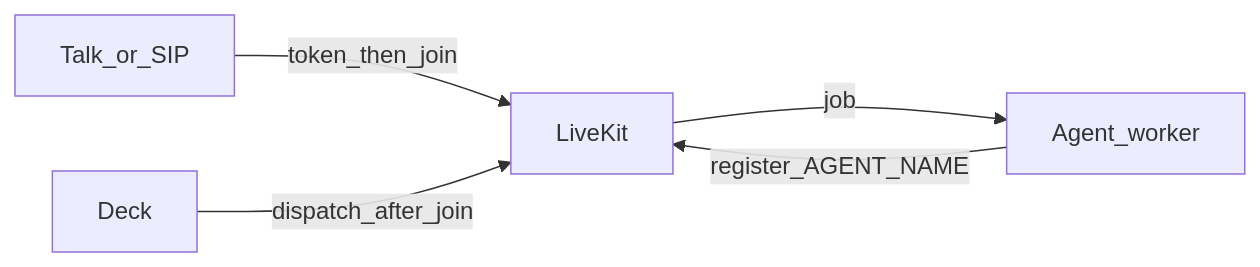
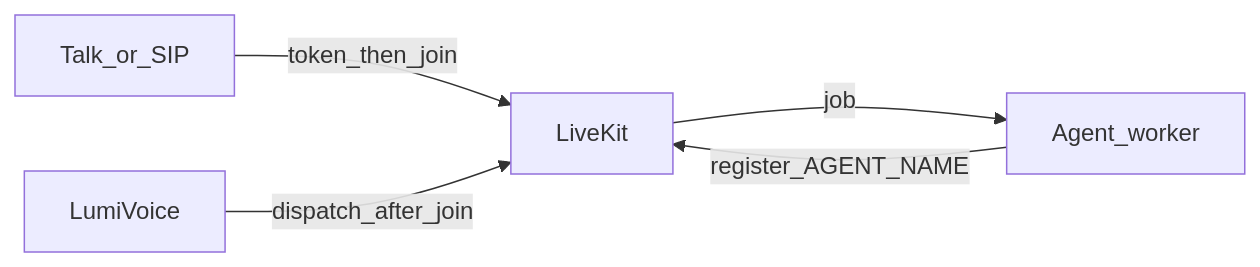
One commit to bhushanfinrius/livekit-dashboard changed the diagram in livekit-dashboard/docs/AGENT_STARTER.md. Above: the diagram before and after it, drawn with Mermaid. The commit also changed other lines of this file and 33 other files, not shown here.

First line of the commit message:
Rebrand the console to LumiVoice and add VPS production deploy guide.

````diff
--- a/livekit-dashboard/docs/AGENT_STARTER.md
+++ b/livekit-dashboard/docs/AGENT_STARTER.md
@@ -5,11 +5,11 @@
 ```mermaid
 flowchart LR
   talk[Talk_or_SIP]
-  deck[Deck]
+  ui[LumiVoice]
   lk[LiveKit]
   worker[Agent_worker]
   talk -->|token_then_join| lk
-  deck -->|dispatch_after_join| lk
+  ui -->|dispatch_after_join| lk
   worker -->|register_AGENT_NAME| lk
   lk -->|job| worker
 ```
````
